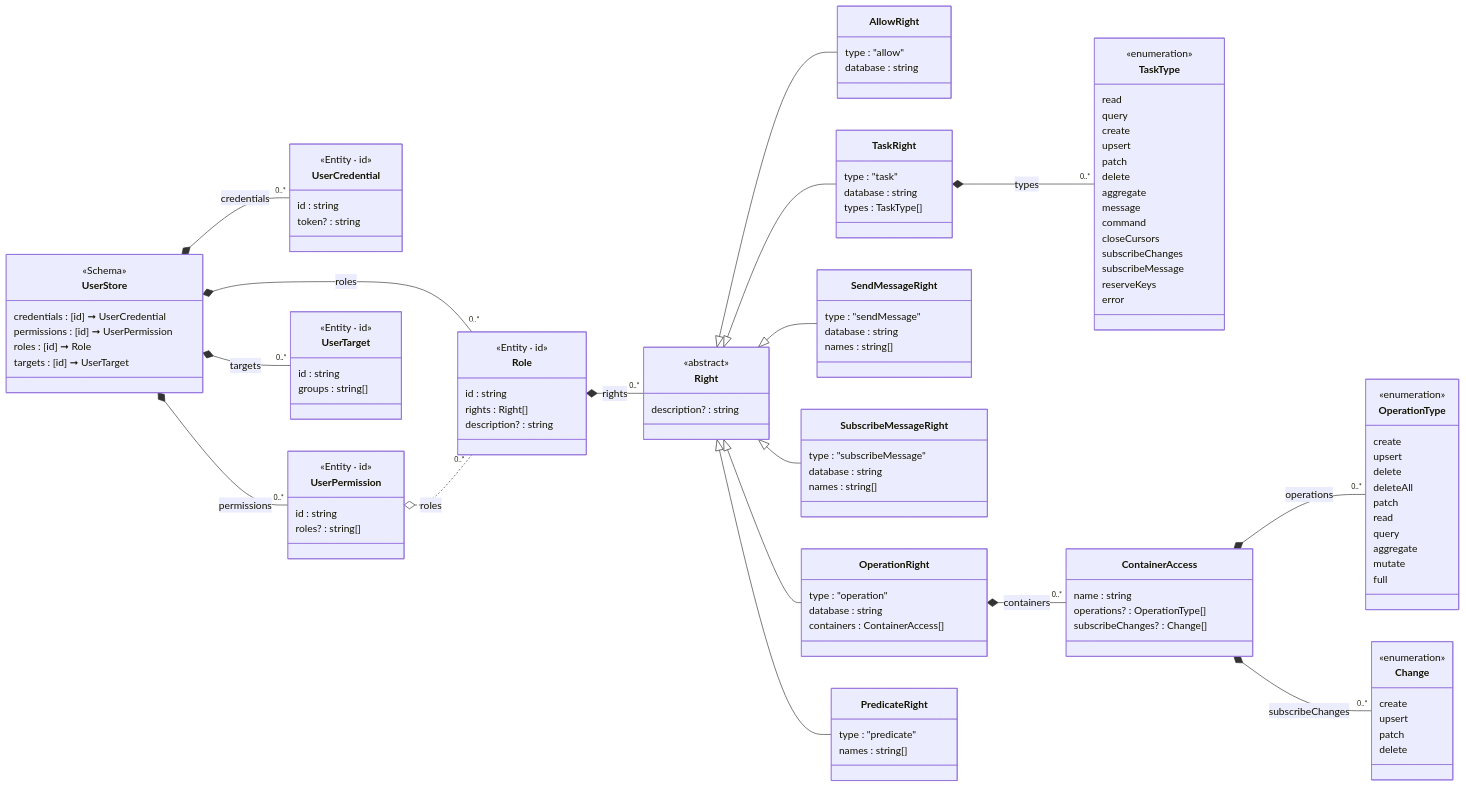
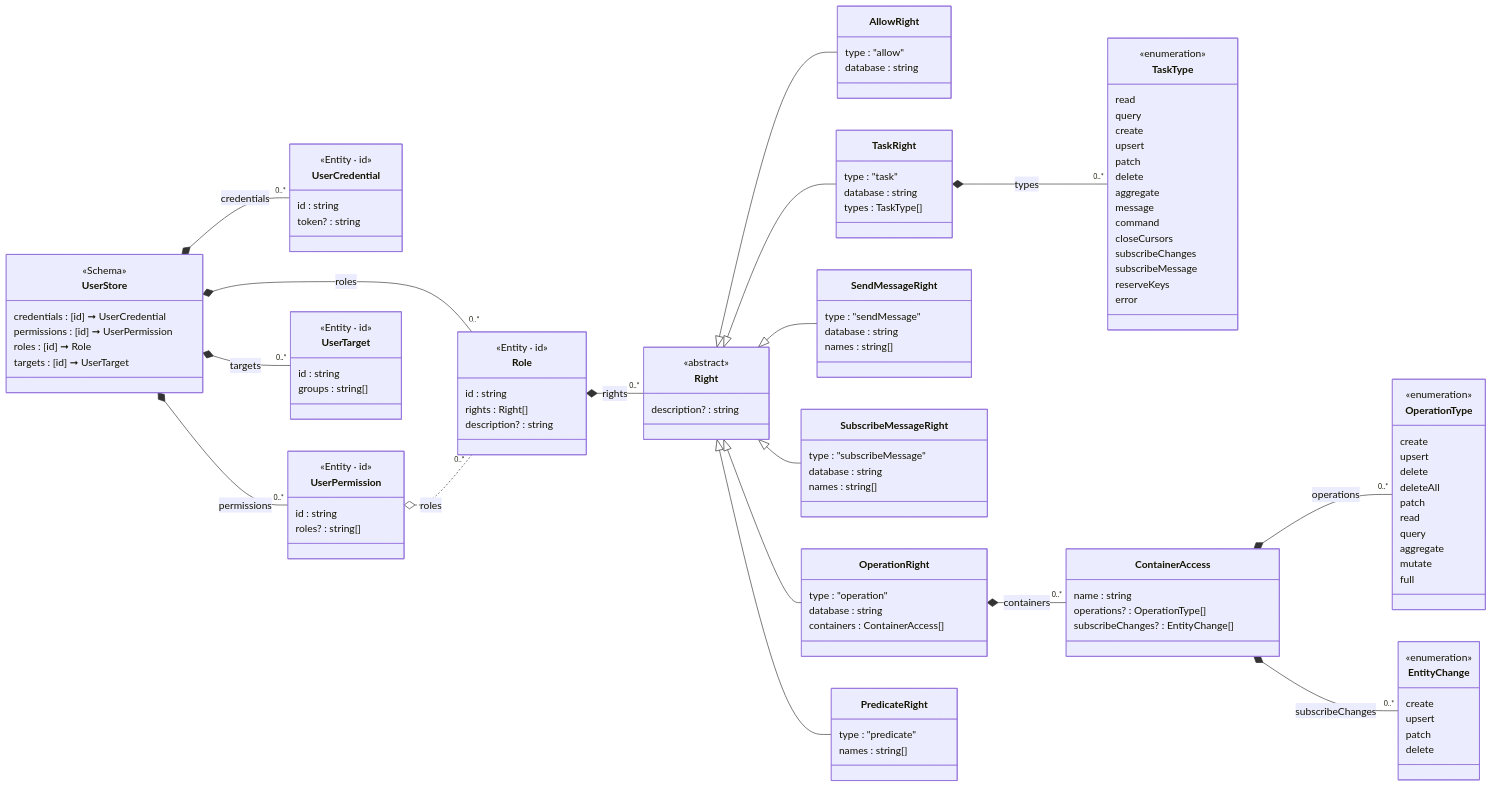
Before and after one commit to friflo/Friflo.Json.Fliox: the diagram in Json.Tests/assets~/Schema/Markdown/UserStore/class-diagram.md, drawn with Mermaid. The commit also changed 38 other files, not shown here.

Commit message:
rename: enum Change -> EntityChange

```diff
--- a/Json.Tests/assets~/Schema/Markdown/UserStore/class-diagram.md
+++ b/Json.Tests/assets~/Schema/Markdown/UserStore/class-diagram.md
@@ -88,10 +88,10 @@
 class ContainerAccess {
     name              : string
     operations?       : OperationType[]
-    subscribeChanges? : Change[]
+    subscribeChanges? : EntityChange[]
 }
 ContainerAccess *-- "0..*" OperationType : operations
-ContainerAccess *-- "0..*" Change : subscribeChanges
+ContainerAccess *-- "0..*" EntityChange : subscribeChanges
 
 class OperationType:::cssEnum {
     <<enumeration>>
@@ -133,7 +133,7 @@
 }
 
 
-class Change:::cssEnum {
+class EntityChange:::cssEnum {
     <<enumeration>>
     create
     upsert
```
